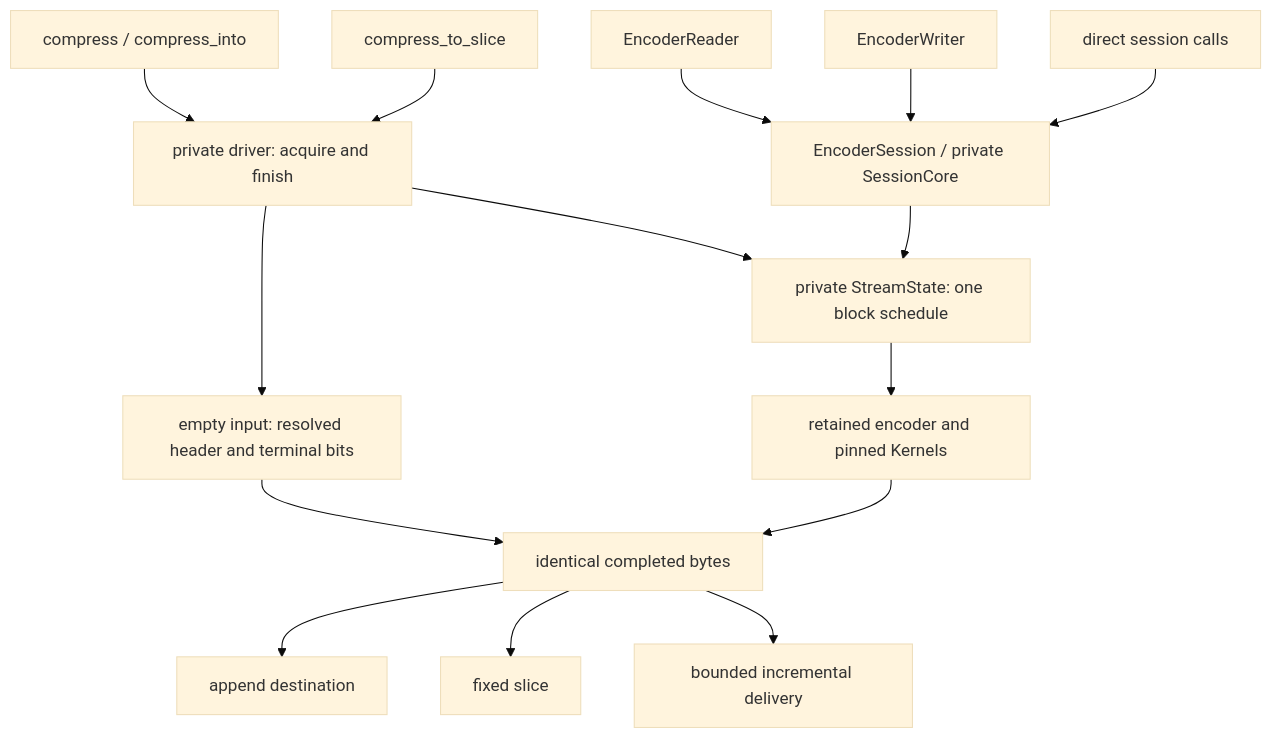
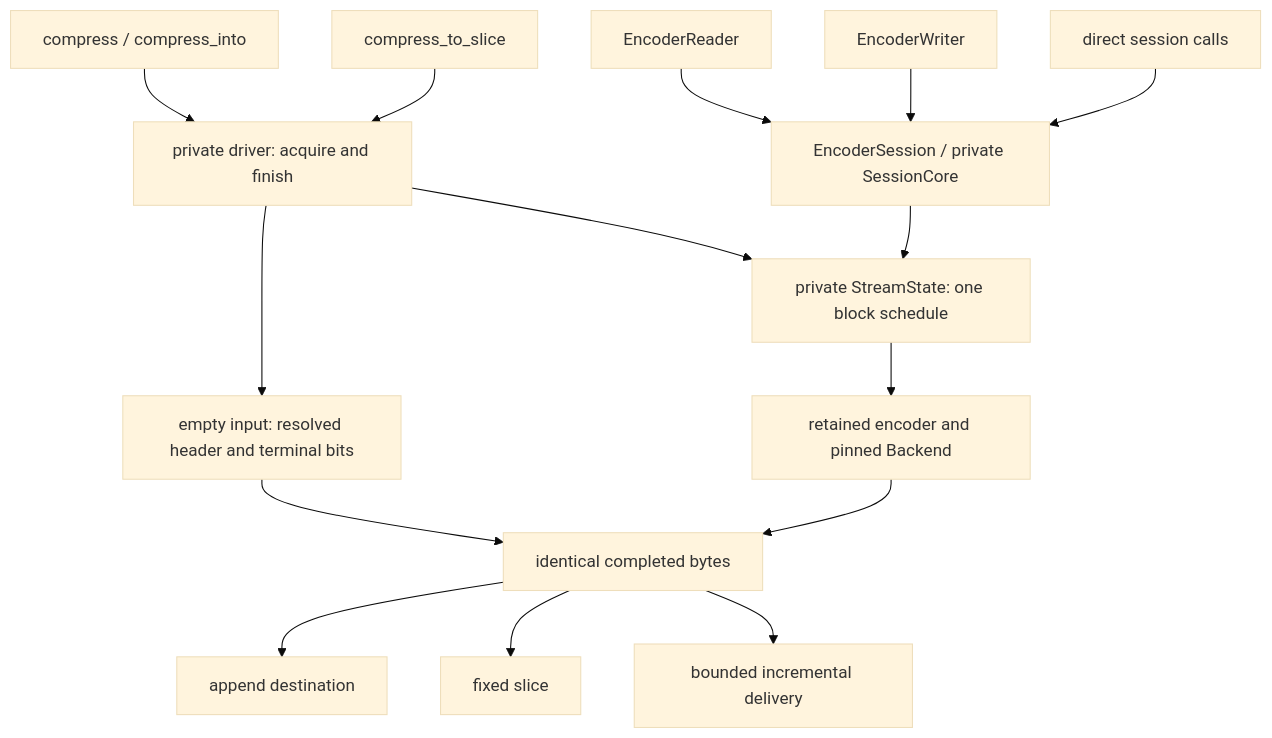
The second of 3 diagrams in architecture/universal-encoding.md (M-Compressors/mbrotli), drawn with Mermaid (base theme) before and after one commit. The commit also changed 22 other files, not shown here.

````diff
--- a/architecture/universal-encoding.md
+++ b/architecture/universal-encoding.md
@@ -49,17 +49,17 @@
 ```mermaid
 graph TD
     Vec[compress / compress_into] --> Driver[private driver: acquire and finish]
     Slice[compress_to_slice] --> Driver
     Reader[EncoderReader] --> Session[EncoderSession / private SessionCore]
     Writer[EncoderWriter] --> Session
     Direct[direct session calls] --> Session
     Driver --> Empty[empty input: resolved header and terminal bits]
     Empty --> Bytes
     Driver --> State[private StreamState: one block schedule]
     Session --> State
-    State --> Encoder[retained encoder and pinned Kernels]
+    State --> Encoder[retained encoder and pinned Backend]
     Encoder --> Bytes[identical completed bytes]
     Bytes --> Append[append destination]
     Bytes --> Fixed[fixed slice]
     Bytes --> Pending[bounded incremental delivery]
 ```
````
